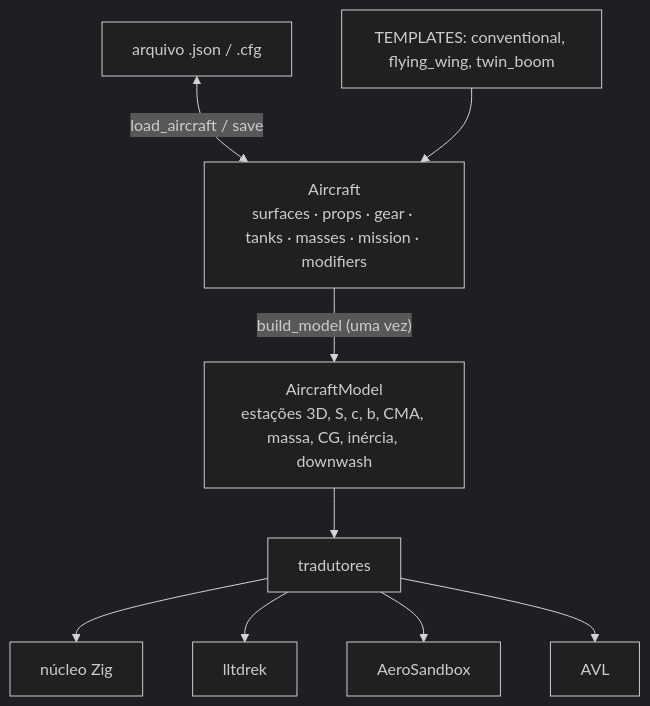
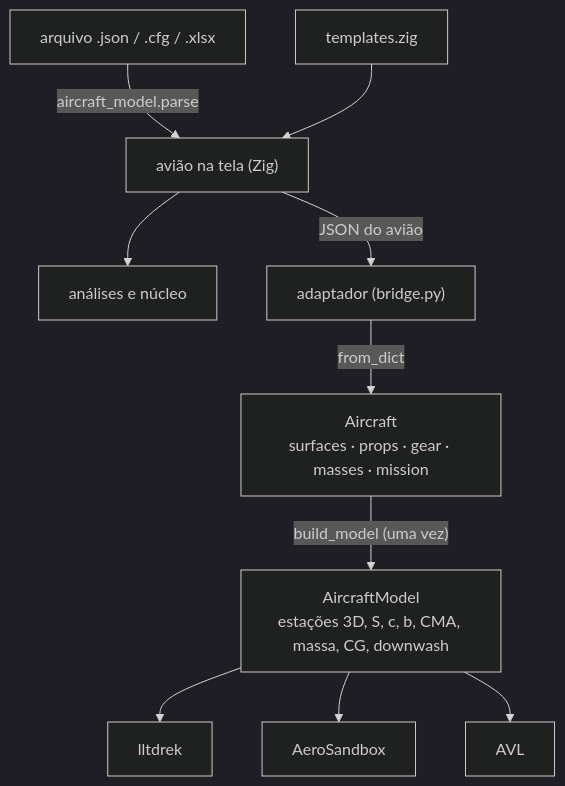
The diagram in aerosim/model/README.md (vitordallolivo/AircraftSimulation), drawn with Mermaid (dark theme) before and after one commit. The commit also changed other lines of this file and 38 other files, not shown here.

````diff
--- a/aerosim/model/README.md
+++ b/aerosim/model/README.md
@@ -14,8 +15,10 @@
 ```mermaid
 flowchart TB
-    F["arquivo .json / .cfg"] <-->|"load_aircraft / save"| AC
-    T["TEMPLATES: conventional, flying_wing, twin_boom"] --> AC
-    AC["Aircraft<br/>surfaces · props · gear · tanks · masses · mission · modifiers"] -->|"build_model (uma vez)"| UM
-    UM["AircraftModel<br/>estações 3D, S, c, b, CMA, massa, CG, inércia, downwash"] --> TR["tradutores"]
-    TR --> Z["núcleo Zig"] & L["lltdrek"] & A["AeroSandbox"] & V["AVL"]
+    F["arquivo .json / .cfg / .xlsx"] -->|"aircraft_model.parse"| ZA["avião na tela (Zig)"]
+    T["templates.zig"] --> ZA
+    ZA --> AN["análises e núcleo"]
+    ZA -->|"JSON do avião"| AD["adaptador (bridge.py)"]
+    AD -->|"from_dict"| AC["Aircraft<br/>surfaces · props · gear · masses · mission"]
+    AC -->|"build_model (uma vez)"| UM["AircraftModel<br/>estações 3D, S, c, b, CMA, massa, CG, downwash"]
+    UM --> L["lltdrek"] & A["AeroSandbox"] & V["AVL"]
 ```
````
